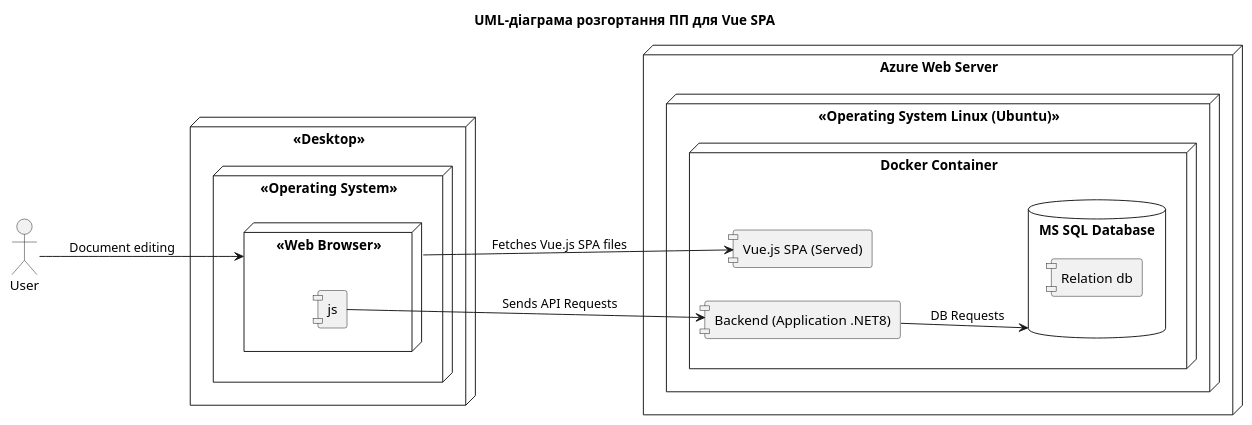
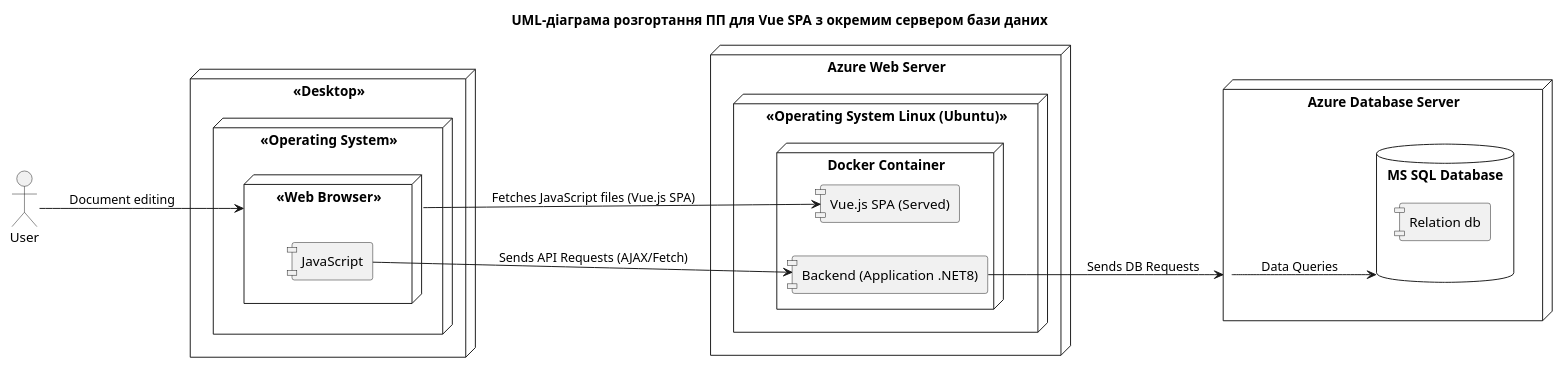
Before and after one commit to OS-IS/ai201-rogachko: the diagram in laboratory-work-2/UML-Deployment.puml, drawn with PlantUML.

```diff
--- a/laboratory-work-2/UML-Deployment.puml
+++ b/laboratory-work-2/UML-Deployment.puml
@@ -1,35 +1,39 @@
 @startuml
-title UML-діаграма розгортання ПП для Vue SPA
+title UML-діаграма розгортання ПП для Vue SPA з окремим сервером бази даних
 
 left to right direction
 
 skinparam componentStyle uml1
 
 actor User
 
 node "<<Desktop>>" as dk {
     node "<<Operating System>>" {
         node "<<Web Browser>>" as browser {
-            component [js] as vue
+            component [JavaScript] as vue
         }
     }
 }
 
 node "Azure Web Server" as serv1 {
     node "<<Operating System Linux (Ubuntu)>>" as l2 {
         node "Docker Container" {
             [Backend (Application .NET8)] as app
             component [Vue.js SPA (Served)] as frontend
-            database "MS SQL Database" as db {
-                [Relation db]
-            }
         }
     }
 }
 
+node "Azure Database Server" as dbserv {
+    database "MS SQL Database" as db {
+        [Relation db]
+    }
+}
+
 User --> browser : Document editing
-browser --> frontend : Fetches Vue.js SPA files
-vue --> app : Sends API Requests
-app --> db : DB Requests
+browser --> frontend : Fetches JavaScript files (Vue.js SPA)
+vue --> app : Sends API Requests (AJAX/Fetch)
+app --> dbserv : Sends DB Requests
+dbserv --> db : Data Queries
 
 @enduml
```
